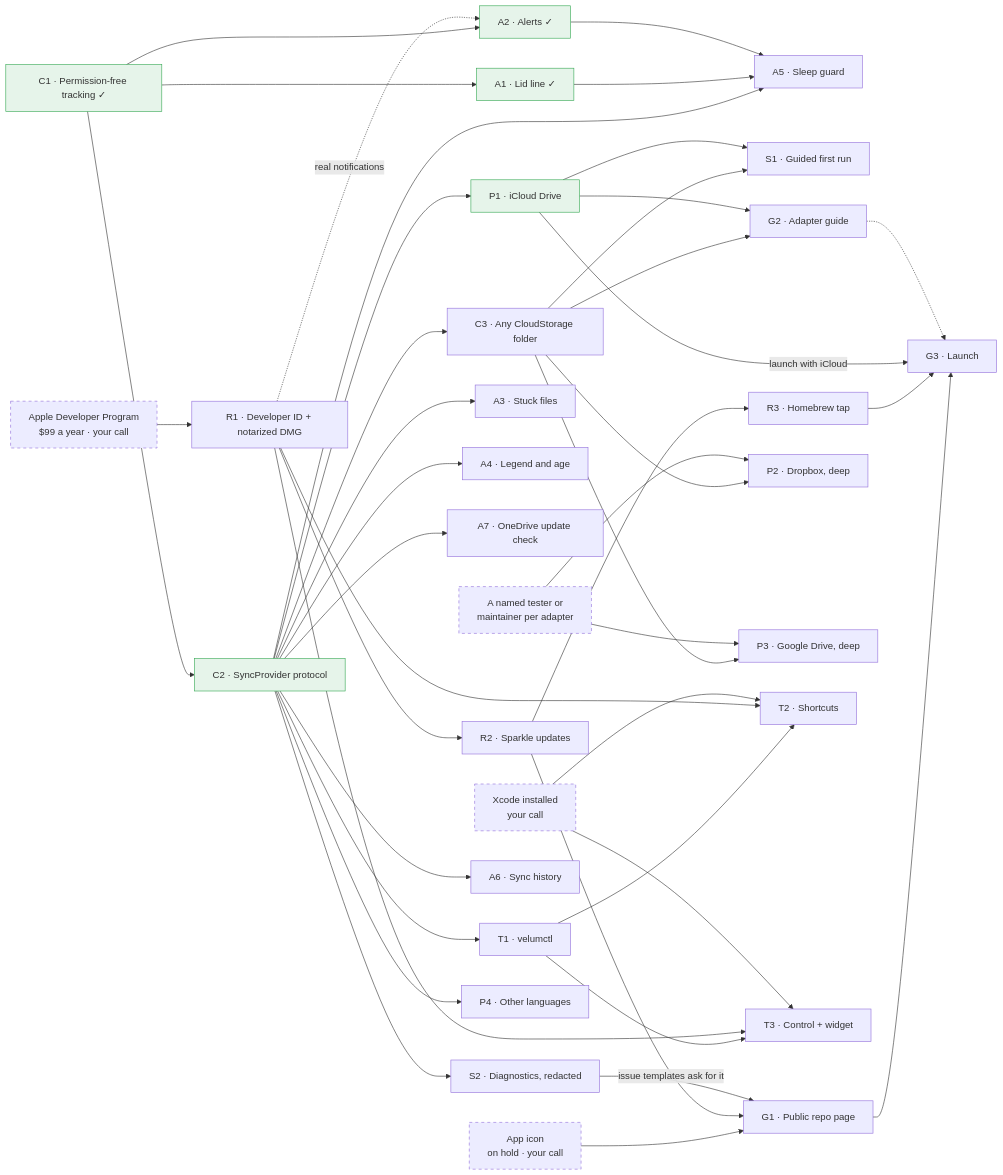
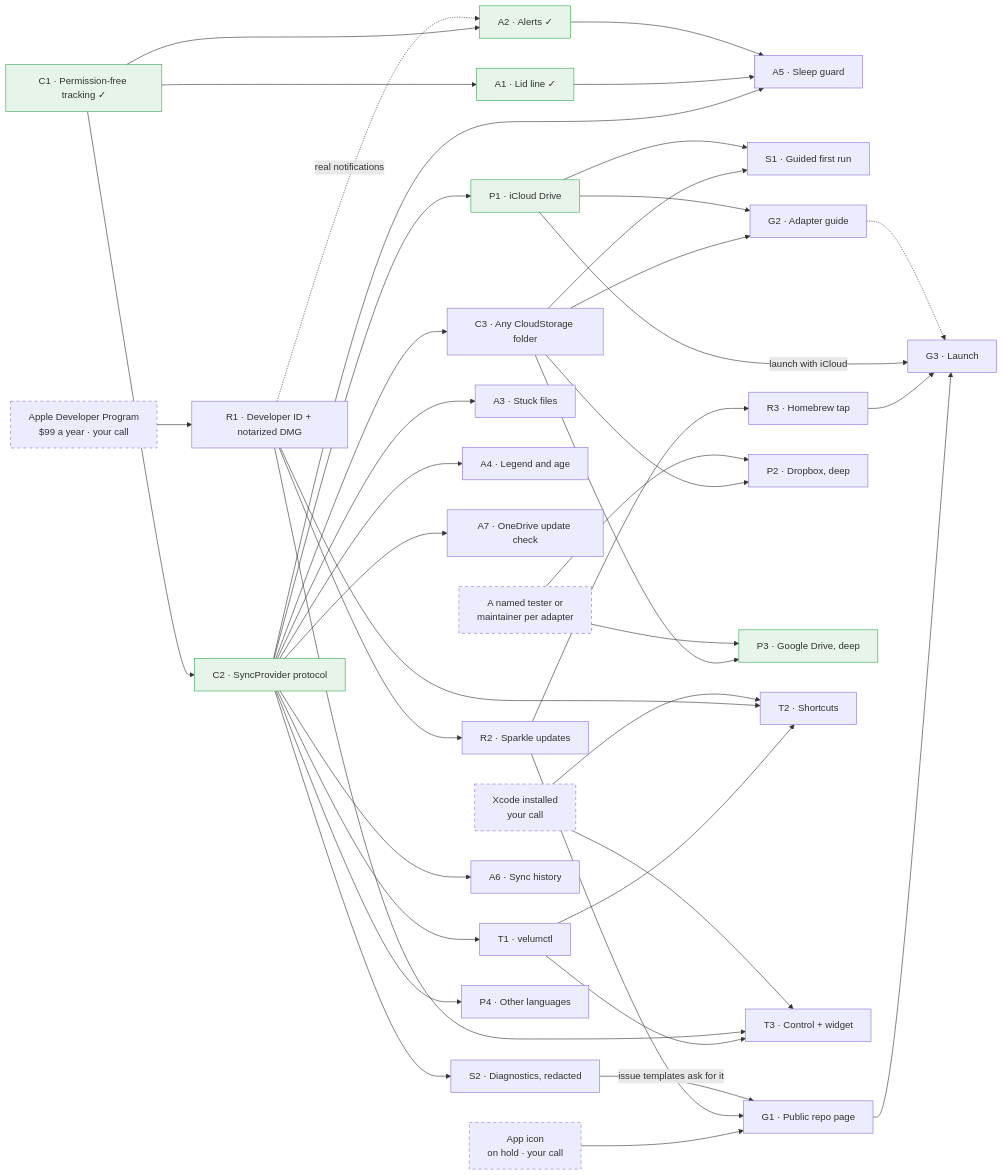
The diagram in docs/plans/roadmap/README.md (nafatyuk/velum), drawn with Mermaid before and after one commit. The commit also changed other lines of this file and 17 other files, not shown here.

````diff
--- a/docs/plans/roadmap/README.md
+++ b/docs/plans/roadmap/README.md
@@ -206,6 +207,6 @@
 
   classDef done fill:#e6f4ea,stroke:#34a853
   classDef gate stroke-dasharray: 5 5
-  class C1,A1,A2,C2,P1 done
+  class C1,A1,A2,C2,P1,P3 done
   class ICON,ENROL,TESTER,XCODE gate
 ```
````
